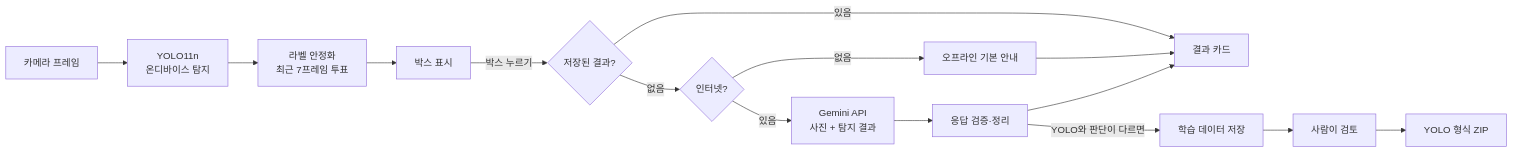
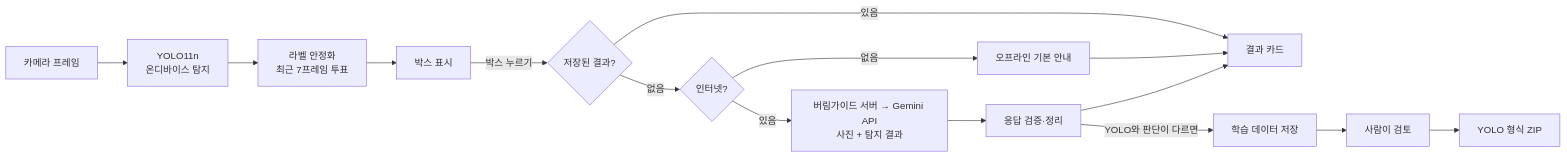
Before and after one commit to eovk01100-wq/WasteSortingApp: the diagram in README.md, drawn with Mermaid. The commit also changed other lines of this file and 1 other file, not shown here.

````diff
--- a/README.md
+++ b/README.md
@@ -29,16 +33,16 @@
 ```mermaid
 flowchart LR
     A[카메라 프레임] --> B[YOLO11n<br/>온디바이스 탐지]
     B --> C[라벨 안정화<br/>최근 7프레임 투표]
     C --> D[박스 표시]
     D -->|박스 누르기| E{저장된 결과?}
     E -->|있음| H[결과 카드]
     E -->|없음| F{인터넷?}
     F -->|없음| G[오프라인 기본 안내]
-    F -->|있음| I[Gemini API<br/>사진 + 탐지 결과]
+    F -->|있음| I[버림가이드 서버 → Gemini API<br/>사진 + 탐지 결과]
     I --> J[응답 검증·정리]
     J --> H
     G --> H
     J -->|YOLO와 판단이 다르면| K[학습 데이터 저장]
     K --> L[사람이 검토] --> M[YOLO 형식 ZIP]
 ```
````
